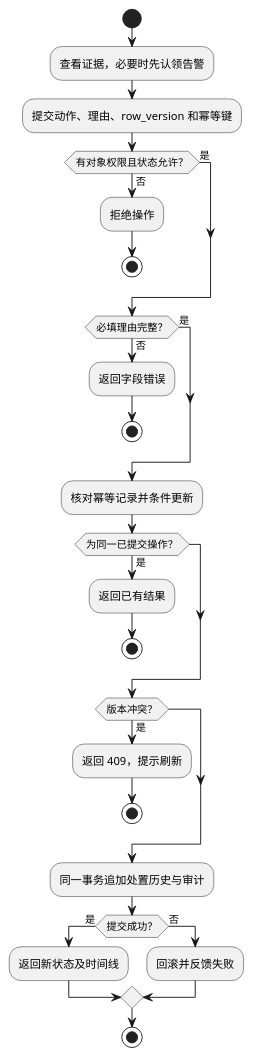
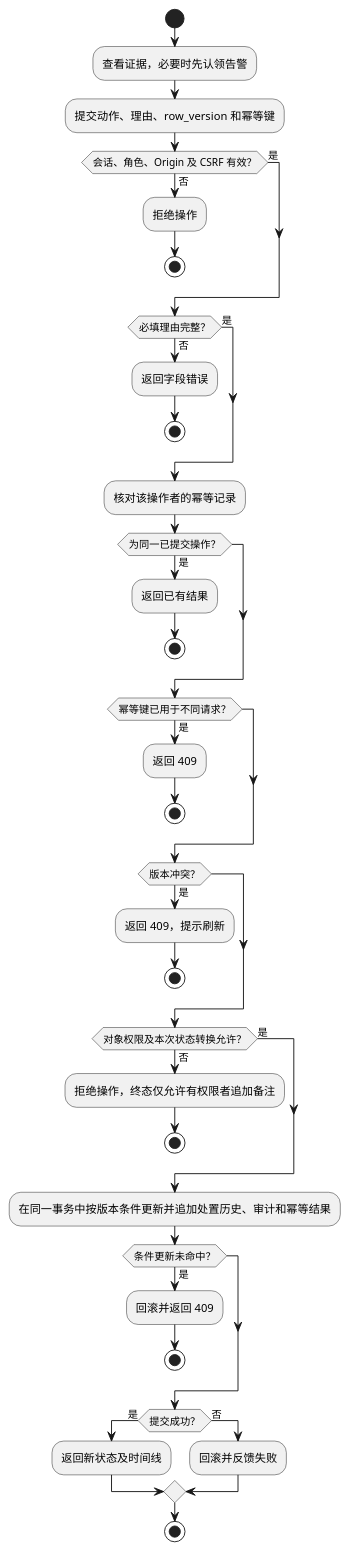
One commit to Double-Cloth/NetSentinel changed the diagram in models/activity-disposition.puml. Above: the diagram before and after it, drawn with PlantUML. The commit also changed 17 other files, not shown here.

```diff
--- a/models/activity-disposition.puml
+++ b/models/activity-disposition.puml
@@ -1,32 +1,45 @@
 @startuml
 skinparam defaultFontName Microsoft YaHei
 start
 :查看证据，必要时先认领告警;
 :提交动作、理由、row_version 和幂等键;
-if (有对象权限且状态允许？) then (是)
+if (会话、角色、Origin 及 CSRF 有效？) then (是)
 else (否)
   :拒绝操作;
   stop
 endif
 if (必填理由完整？) then (是)
 else (否)
   :返回字段错误;
   stop
 endif
-:核对幂等记录并条件更新;
+:核对该操作者的幂等记录;
 if (为同一已提交操作？) then (是)
   :返回已有结果;
+  stop
+endif
+if (幂等键已用于不同请求？) then (是)
+  :返回 409;
   stop
 endif
 if (版本冲突？) then (是)
   :返回 409，提示刷新;
   stop
 endif
-:同一事务追加处置历史与审计;
+if (对象权限及本次状态转换允许？) then (是)
+else (否)
+  :拒绝操作，终态仅允许有权限者追加备注;
+  stop
+endif
+:在同一事务中按版本条件更新并追加处置历史、审计和幂等结果;
+if (条件更新未命中？) then (是)
+  :回滚并返回 409;
+  stop
+endif
 if (提交成功？) then (是)
   :返回新状态及时间线;
 else (否)
   :回滚并反馈失败;
 endif
 stop
 @enduml
```
